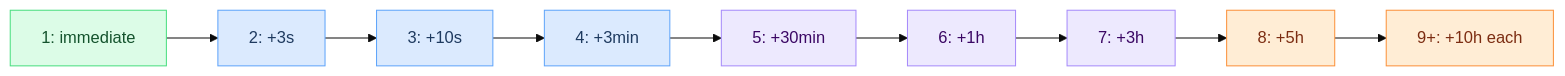
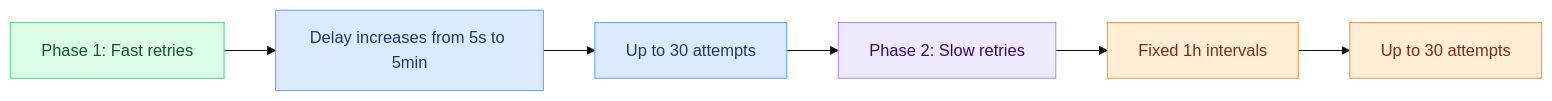
Before and after one commit to hook0/hook0: the first of 3 diagrams in documentation/explanation/webhook-retry-logic.md, drawn with Mermaid (base theme). The commit also changed other lines of this file and 25 other files, not shown here.

````diff
--- a/documentation/explanation/webhook-retry-logic.md
+++ b/documentation/explanation/webhook-retry-logic.md
@@ -21,18 +24,13 @@
 ```mermaid
 flowchart LR
-    A1["1: immediate"]:::hook0 --> A2["2: +3s"]:::external
-    A2 --> A3["3: +10s"]:::external
-    A3 --> A4["4: +3min"]:::external
-    A4 --> A5["5: +30min"]:::processing
-    A5 --> A6["6: +1h"]:::processing
-    A6 --> A7["7: +3h"]:::processing
-    A7 --> A8["8: +5h"]:::customer
-    A8 --> A9["9+: +10h each"]:::customer
+    A1["Phase 1: Fast retries"]:::hook0 --> A2["Delay increases from 5s to 5min"]:::external
+    A2 --> A3["Up to 30 attempts"]:::external
+    A3 --> B1["Phase 2: Slow retries"]:::processing
+    B1 --> B2["Fixed 1h intervals"]:::customer
+    B2 --> B3["Up to 30 attempts"]:::customer
 
     classDef external fill:#dbeafe,stroke:#60a5fa,color:#1e3a5f
     classDef hook0 fill:#dcfce7,stroke:#4ade80,color:#14532d
     classDef customer fill:#ffedd5,stroke:#fb923c,color:#7c2d12
     classDef processing fill:#ede9fe,stroke:#a78bfa,color:#3b0764
-
-    click A1 "/concepts/request-attempts" "Request Attempts"
 ```
````
